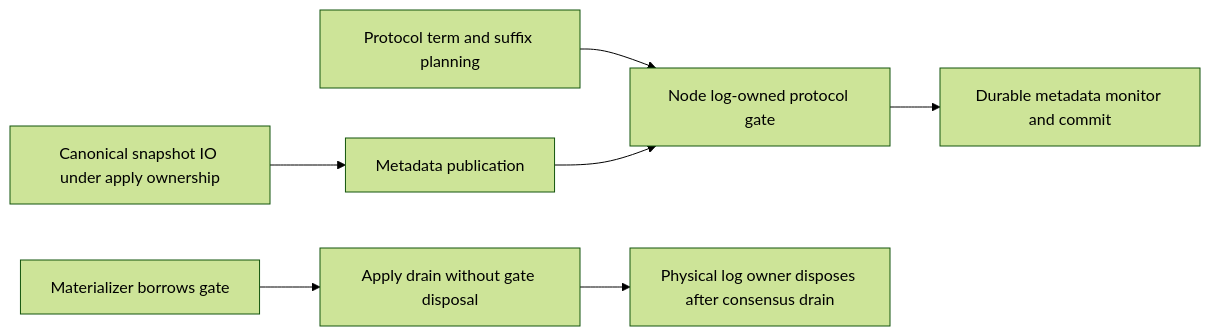
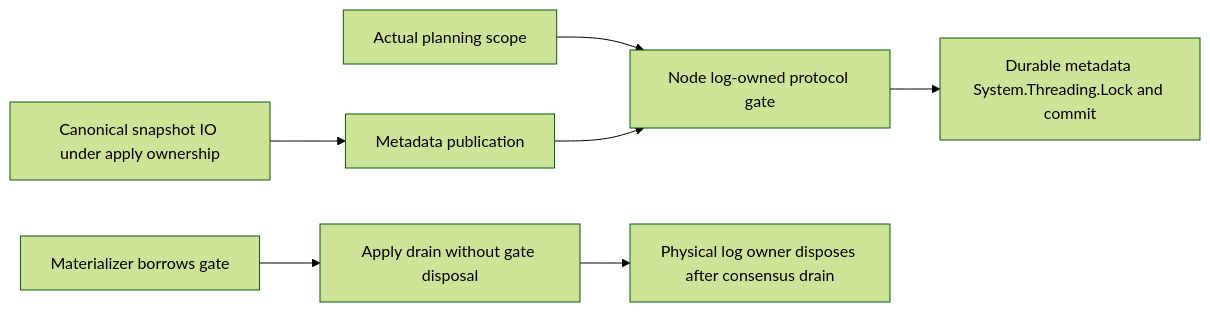
Before and after one commit to managedcode/KeyLoad: the second of 2 diagrams in docs/ADR/ADR-007-replica-consensus-bootstrap.md, drawn with Mermaid (forest theme). The commit also changed other lines of this file and 152 other files, not shown here.

````diff
--- a/docs/ADR/ADR-007-replica-consensus-bootstrap.md
+++ b/docs/ADR/ADR-007-replica-consensus-bootstrap.md
@@ -79,9 +91,9 @@
 ```mermaid
 flowchart LR
-    Plan[Protocol term and suffix planning] --> Gate[Node log-owned protocol gate]
+    Plan[Actual planning scope] --> Gate[Node log-owned protocol gate]
     IO[Canonical snapshot IO under apply ownership] --> Publish[Metadata publication]
     Publish --> Gate
-    Gate --> Log[Durable metadata monitor and commit]
+    Gate --> Log[Durable metadata System.Threading.Lock and commit]
     Materializer[Materializer borrows gate] --> Drain[Apply drain without gate disposal]
     Drain --> Owner[Physical log owner disposes after consensus drain]
 ```
````
